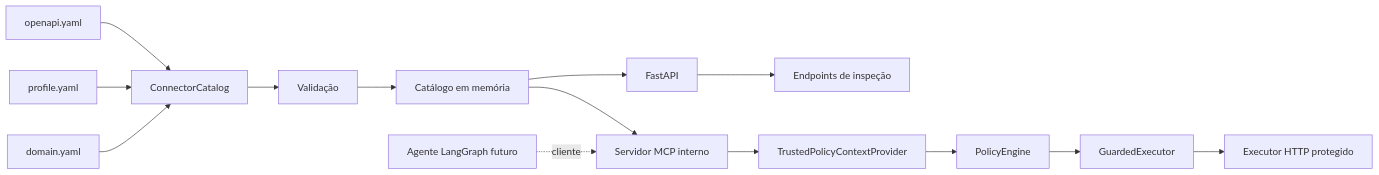
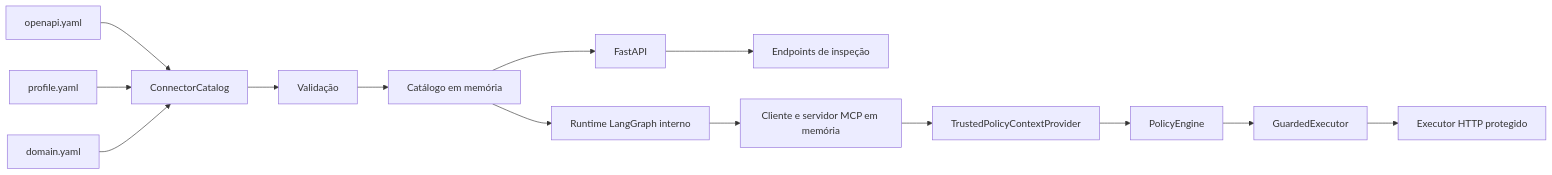
Before and after one commit to ChristianGandra21/indusguard: the first of 3 diagrams in docs/GUIA_COMPLETO.md, drawn with Mermaid. The commit also changed other lines of this file and 14 other files, not shown here.

Commit message:
feat: add internal LangGraph agent runtime

````diff
--- a/docs/GUIA_COMPLETO.md
+++ b/docs/GUIA_COMPLETO.md
@@ -337,17 +343,17 @@
 ```mermaid
 flowchart LR
     O[openapi.yaml] --> C[ConnectorCatalog]
     Y[profile.yaml] --> C
     D[domain.yaml] --> C
     C --> V[Validação]
     V --> M[Catálogo em memória]
     M --> F[FastAPI]
     F --> R[Endpoints de inspeção]
 
-    M --> MCP[Servidor MCP interno]
+    M --> A[Runtime LangGraph interno]
+    A --> MCP[Cliente e servidor MCP em memória]
     MCP --> T[TrustedPolicyContextProvider]
     T --> P[PolicyEngine]
     P --> G[GuardedExecutor]
     G --> E[Executor HTTP protegido]
-    A[Agente LangGraph futuro] -. cliente .-> MCP
 ```
````
